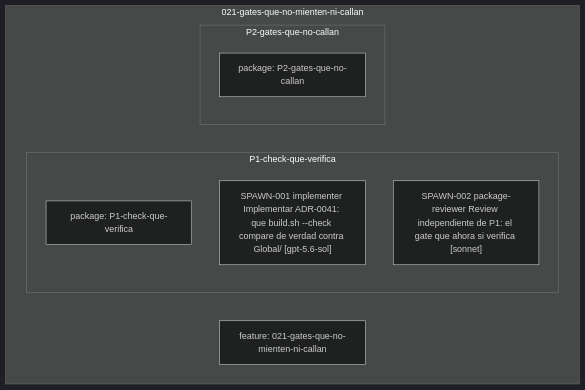
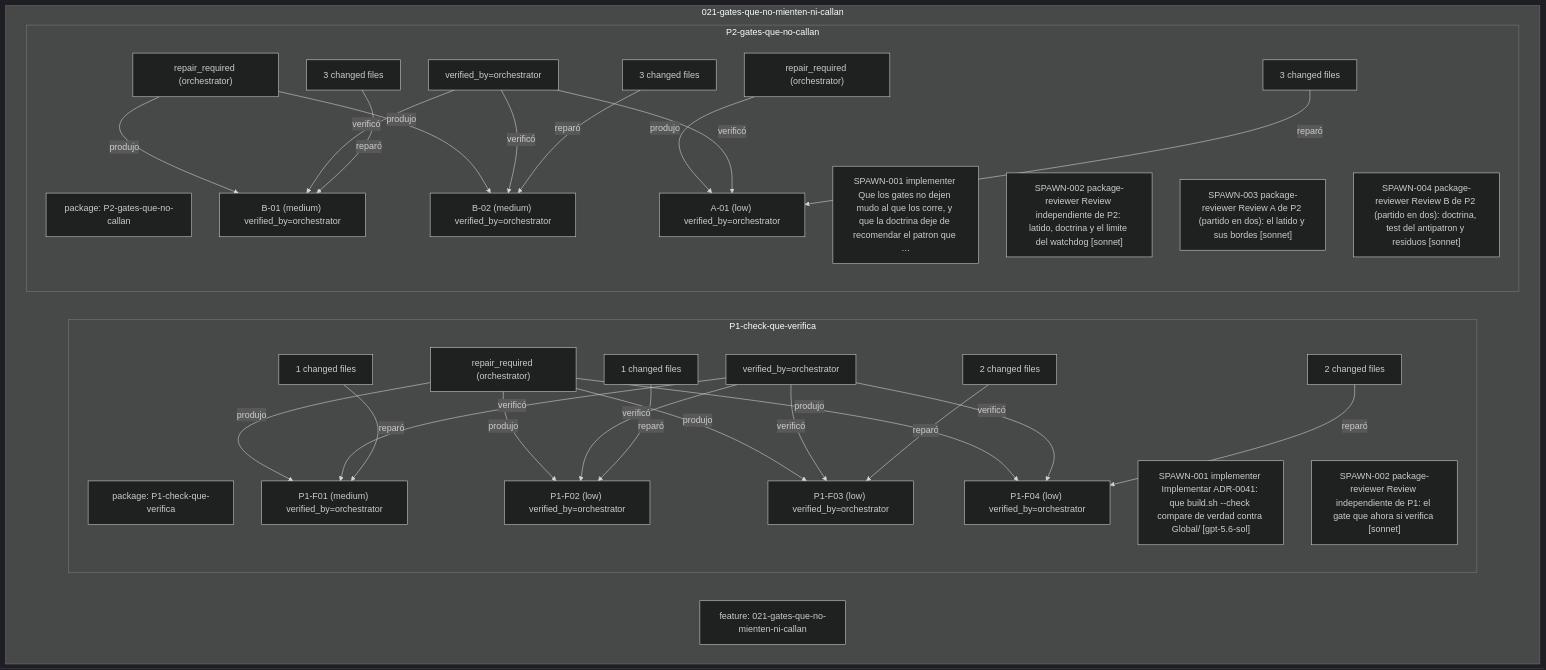
Before and after one commit to federico0330/set-agents: the diagram in docs/notas/features/021-gates-que-no-mienten-ni-callan/grafo.md, drawn with Mermaid (dark theme). The commit also changed 78 other files, not shown here.

````diff
--- a/docs/notas/features/021-gates-que-no-mienten-ni-callan/grafo.md
+++ b/docs/notas/features/021-gates-que-no-mienten-ni-callan/grafo.md
@@ -4,14 +4,58 @@
 ```mermaid
 flowchart TD
 subgraph sg_021_gates_que_no_mienten_ni_callan["021-gates-que-no-mienten-ni-callan"]
   feature_021_gates_que_no_mienten_ni_callan_1["feature: 021-gates-que-no-mienten-ni-callan"]
   subgraph sg_021_gates_que_no_mienten_ni_callan_p1_check_que_verifica["P1-check-que-verifica"]
     package_021_gates_que_no_mienten_ni_callan_p1_check_que_verifica_1["package: P1-check-que-verifica"]
+    finding_021_gates_que_no_mienten_ni_callan_p1_check_que_verifica_1["P1-F01 #40;medium#41; verified_by=orchestrator"]
+    finding_021_gates_que_no_mienten_ni_callan_p1_check_que_verifica_2["P1-F02 #40;low#41; verified_by=orchestrator"]
+    finding_021_gates_que_no_mienten_ni_callan_p1_check_que_verifica_3["P1-F03 #40;low#41; verified_by=orchestrator"]
+    finding_021_gates_que_no_mienten_ni_callan_p1_check_que_verifica_4["P1-F04 #40;low#41; verified_by=orchestrator"]
+    review_021_gates_que_no_mienten_ni_callan_p1_check_que_verifica_1["repair_required #40;orchestrator#41;"]
+    verification_021_gates_que_no_mienten_ni_callan_p1_check_que_verifica_1["verified_by=orchestrator"]
+    repair_021_gates_que_no_mienten_ni_callan_p1_check_que_verifica_1["1 changed files"]
+    repair_021_gates_que_no_mienten_ni_callan_p1_check_que_verifica_2["1 changed files"]
+    repair_021_gates_que_no_mienten_ni_callan_p1_check_que_verifica_3["2 changed files"]
+    repair_021_gates_que_no_mienten_ni_callan_p1_check_que_verifica_4["2 changed files"]
     spawn_021_gates_que_no_mienten_ni_callan_p1_check_que_verifica_1["SPAWN-001 implementer Implementar ADR-0041: que build.sh --check compare de verdad contra Global/ #91;gpt-5.6-sol#93;"]
     spawn_021_gates_que_no_mienten_ni_callan_p1_check_que_verifica_2["SPAWN-002 package-reviewer Review independiente de P1: el gate que ahora si verifica #91;sonnet#93;"]
   end
   subgraph sg_021_gates_que_no_mienten_ni_callan_p2_gates_que_no_callan["P2-gates-que-no-callan"]
     package_021_gates_que_no_mienten_ni_callan_p2_gates_que_no_callan_1["package: P2-gates-que-no-callan"]
+    finding_021_gates_que_no_mienten_ni_callan_p2_gates_que_no_callan_1["B-01 #40;medium#41; verified_by=orchestrator"]
+    finding_021_gates_que_no_mienten_ni_callan_p2_gates_que_no_callan_2["B-02 #40;medium#41; verified_by=orchestrator"]
+    finding_021_gates_que_no_mienten_ni_callan_p2_gates_que_no_callan_3["A-01 #40;low#41; verified_by=orchestrator"]
+    review_021_gates_que_no_mienten_ni_callan_p2_gates_que_no_callan_1["repair_required #40;orchestrator#41;"]
+    review_021_gates_que_no_mienten_ni_callan_p2_gates_que_no_callan_2["repair_required #40;orchestrator#41;"]
+    verification_021_gates_que_no_mienten_ni_callan_p2_gates_que_no_callan_1["verified_by=orchestrator"]
+    repair_021_gates_que_no_mienten_ni_callan_p2_gates_que_no_callan_1["3 changed files"]
+    repair_021_gates_que_no_mienten_ni_callan_p2_gates_que_no_callan_2["3 changed files"]
+    repair_021_gates_que_no_mienten_ni_callan_p2_gates_que_no_callan_3["3 changed files"]
+    spawn_021_gates_que_no_mienten_ni_callan_p2_gates_que_no_callan_1["SPAWN-001 implementer Que los gates no dejen mudo al que los corre, y que la doctrina deje de recomendar el patron que …"]
+    spawn_021_gates_que_no_mienten_ni_callan_p2_gates_que_no_callan_2["SPAWN-002 package-reviewer Review independiente de P2: latido, doctrina y el limite del watchdog #91;sonnet#93;"]
+    spawn_021_gates_que_no_mienten_ni_callan_p2_gates_que_no_callan_3["SPAWN-003 package-reviewer Review A de P2 #40;partido en dos#41;: el latido y sus bordes #91;sonnet#93;"]
+    spawn_021_gates_que_no_mienten_ni_callan_p2_gates_que_no_callan_4["SPAWN-004 package-reviewer Review B de P2 #40;partido en dos#41;: doctrina, test del antipatron y residuos #91;sonnet#93;"]
   end
 end
+review_021_gates_que_no_mienten_ni_callan_p1_check_que_verifica_1 -->|produjo| finding_021_gates_que_no_mienten_ni_callan_p1_check_que_verifica_1
+review_021_gates_que_no_mienten_ni_callan_p1_check_que_verifica_1 -->|produjo| finding_021_gates_que_no_mienten_ni_callan_p1_check_que_verifica_2
+review_021_gates_que_no_mienten_ni_callan_p1_check_que_verifica_1 -->|produjo| finding_021_gates_que_no_mienten_ni_callan_p1_check_que_verifica_3
+review_021_gates_que_no_mienten_ni_callan_p1_check_que_verifica_1 -->|produjo| finding_021_gates_que_no_mienten_ni_callan_p1_check_que_verifica_4
+verification_021_gates_que_no_mienten_ni_callan_p1_check_que_verifica_1 -->|verificó| finding_021_gates_que_no_mienten_ni_callan_p1_check_que_verifica_1
+verification_021_gates_que_no_mienten_ni_callan_p1_check_que_verifica_1 -->|verificó| finding_021_gates_que_no_mienten_ni_callan_p1_check_que_verifica_2
+verification_021_gates_que_no_mienten_ni_callan_p1_check_que_verifica_1 -->|verificó| finding_021_gates_que_no_mienten_ni_callan_p1_check_que_verifica_3
+verification_021_gates_que_no_mienten_ni_callan_p1_check_que_verifica_1 -->|verificó| finding_021_gates_que_no_mienten_ni_callan_p1_check_que_verifica_4
+repair_021_gates_que_no_mienten_ni_callan_p1_check_que_verifica_1 -->|reparó| finding_021_gates_que_no_mienten_ni_callan_p1_check_que_verifica_1
+repair_021_gates_que_no_mienten_ni_callan_p1_check_que_verifica_2 -->|reparó| finding_021_gates_que_no_mienten_ni_callan_p1_check_que_verifica_2
+repair_021_gates_que_no_mienten_ni_callan_p1_check_que_verifica_3 -->|reparó| finding_021_gates_que_no_mienten_ni_callan_p1_check_que_verifica_3
+repair_021_gates_que_no_mienten_ni_callan_p1_check_que_verifica_4 -->|reparó| finding_021_gates_que_no_mienten_ni_callan_p1_check_que_verifica_4
+review_021_gates_que_no_mienten_ni_callan_p2_gates_que_no_callan_1 -->|produjo| finding_021_gates_que_no_mienten_ni_callan_p2_gates_que_no_callan_1
+review_021_gates_que_no_mienten_ni_callan_p2_gates_que_no_callan_1 -->|produjo| finding_021_gates_que_no_mienten_ni_callan_p2_gates_que_no_callan_2
+review_021_gates_que_no_mienten_ni_callan_p2_gates_que_no_callan_2 -->|produjo| finding_021_gates_que_no_mienten_ni_callan_p2_gates_que_no_callan_3
+verification_021_gates_que_no_mienten_ni_callan_p2_gates_que_no_callan_1 -->|verificó| finding_021_gates_que_no_mienten_ni_callan_p2_gates_que_no_callan_1
+verification_021_gates_que_no_mienten_ni_callan_p2_gates_que_no_callan_1 -->|verificó| finding_021_gates_que_no_mienten_ni_callan_p2_gates_que_no_callan_2
+verification_021_gates_que_no_mienten_ni_callan_p2_gates_que_no_callan_1 -->|verificó| finding_021_gates_que_no_mienten_ni_callan_p2_gates_que_no_callan_3
+repair_021_gates_que_no_mienten_ni_callan_p2_gates_que_no_callan_1 -->|reparó| finding_021_gates_que_no_mienten_ni_callan_p2_gates_que_no_callan_2
+repair_021_gates_que_no_mienten_ni_callan_p2_gates_que_no_callan_2 -->|reparó| finding_021_gates_que_no_mienten_ni_callan_p2_gates_que_no_callan_1
+repair_021_gates_que_no_mienten_ni_callan_p2_gates_que_no_callan_3 -->|reparó| finding_021_gates_que_no_mienten_ni_callan_p2_gates_que_no_callan_3
 ```
````
